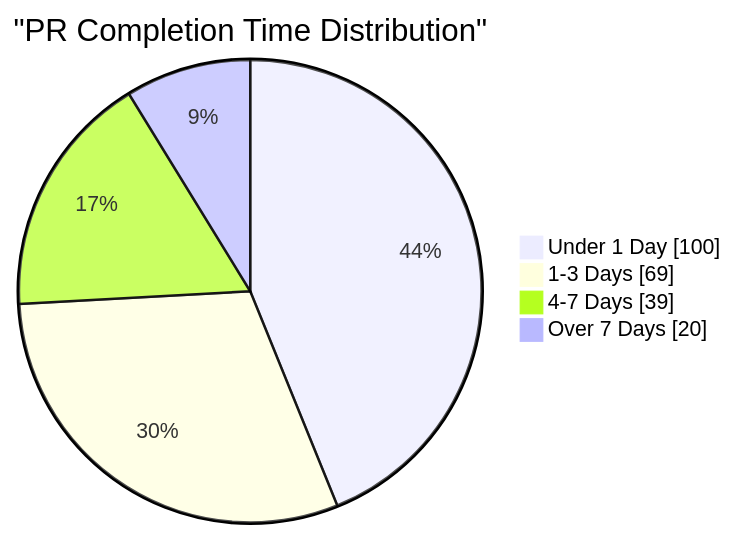
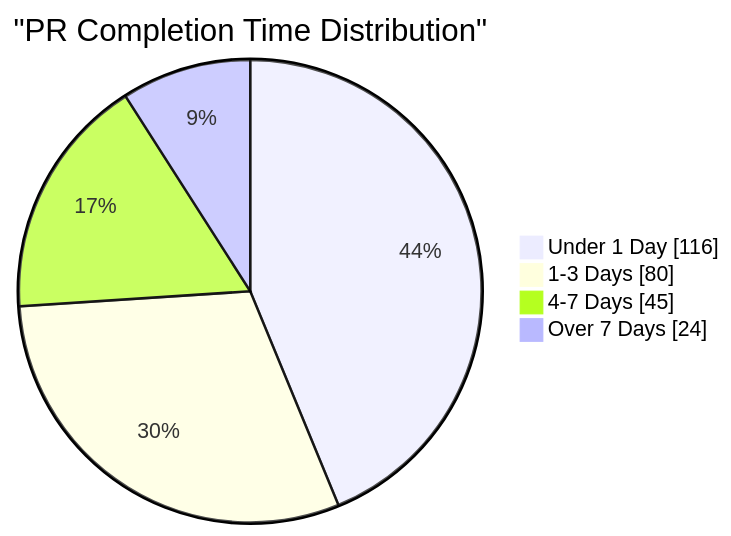
Before and after one commit to microsoft/edge-ai: the fourth of 11 diagrams in docs/contributions.md, drawn with Mermaid. The commit also changed other lines of this file and 2 other files, not shown here.

````diff
--- a/docs/contributions.md
+++ b/docs/contributions.md
@@ -67,9 +67,9 @@
 ``` mermaid
 
 pie showData
     title "PR Completion Time Distribution"
-    "Under 1 Day" : 100
-    "1-3 Days" : 69
-    "4-7 Days" : 39
-    "Over 7 Days" : 20
+    "Under 1 Day" : 116
+    "1-3 Days" : 80
+    "4-7 Days" : 45
+    "Over 7 Days" : 24
 ```
````
